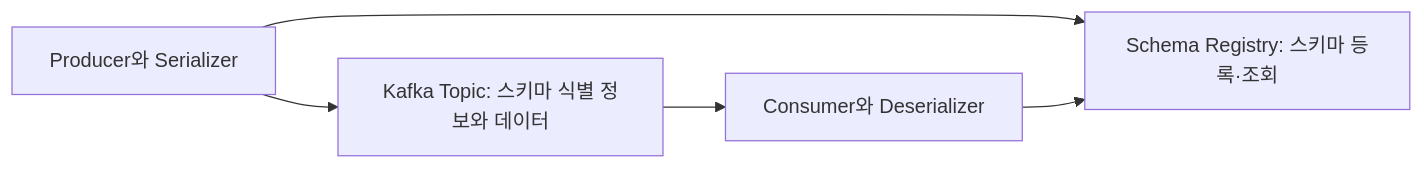
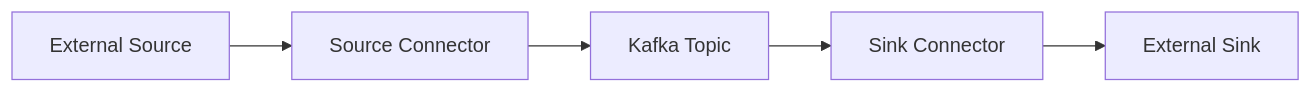
Before and after one commit to ysiksik/ysiksik.github.io: the fifth of 18 diagrams in _posts/study/smart-learning-ent/kafka-development-strategy-for-beginners/2026-10-28-exploring-kafka-growth-and-advanced-topics.md, drawn with Mermaid. The commit also changed other lines of this file and 7 other files, not shown here.

````diff
--- a/_posts/study/smart-learning-ent/kafka-development-strategy-for-beginners/2026-10-28-exploring-kafka-growth-and-advanced-topics.md
+++ b/_posts/study/smart-learning-ent/kafka-development-strategy-for-beginners/2026-10-28-exploring-kafka-growth-and-advanced-topics.md
@@ -39,7 +932,17 @@
 ```mermaid
 flowchart LR
-    P["Producer와 Serializer"] --> R["Schema Registry: 스키마 등록·조회"]
-    P --> K["Kafka Topic: 스키마 식별 정보와 데이터"]
-    K --> C["Consumer와 Deserializer"]
-    C --> R
+    A["External Source"]
+
+    B["Source Connector"]
+
+    C["Kafka Topic"]
+
+    D["Sink Connector"]
+
+    E["External Sink"]
+
+    A --> B
+    B --> C
+    C --> D
+    D --> E
 ```
````
